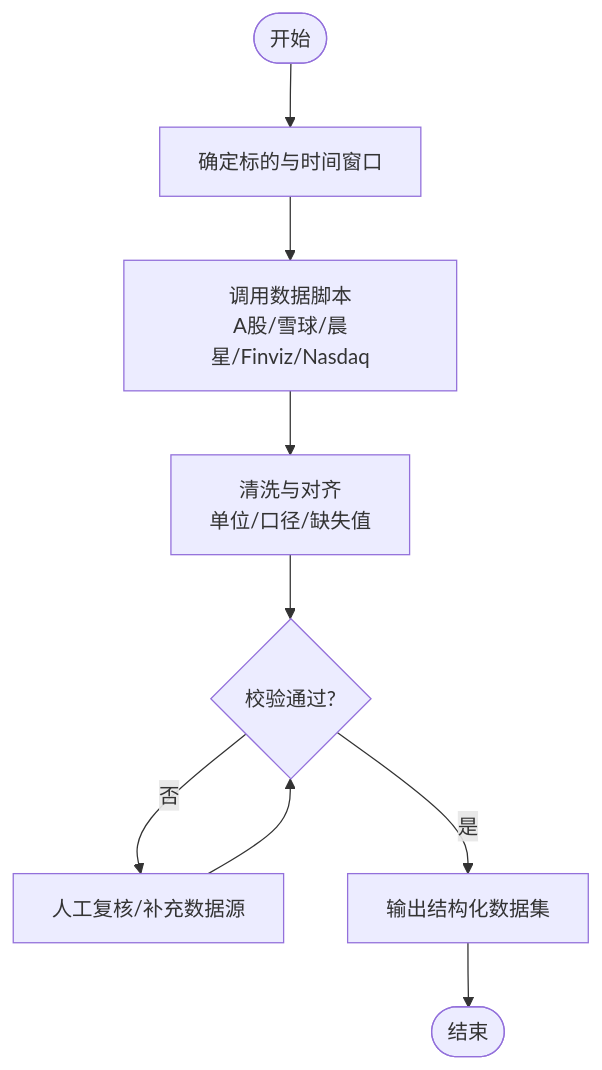
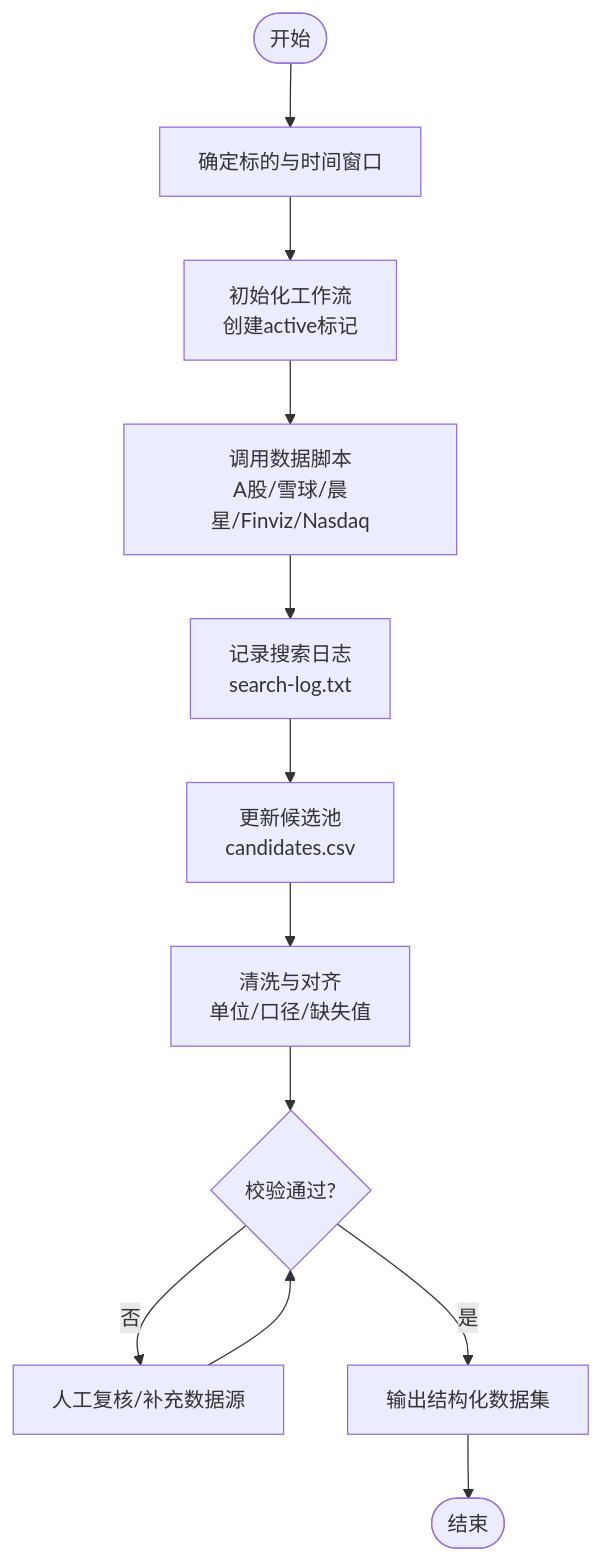
One commit to Ted-Engineer/ai-berkshire changed the third of 9 diagrams in .qoder/repowiki/zh/content/报告生成系统/报告生成系统.md. Above: the diagram before and after it, drawn with Mermaid. The commit also changed other lines of this file and 76 other files, not shown here.

````diff
--- a/.qoder/repowiki/zh/content/报告生成系统/报告生成系统.md
+++ b/.qoder/repowiki/zh/content/报告生成系统/报告生成系统.md
@@ -214,11 +236,14 @@
 ```mermaid
 flowchart TD
 Start(["开始"]) --> PickTarget["确定标的与时间窗口"]
-PickTarget --> FetchData["调用数据脚本<br/>A股/雪球/晨星/Finviz/Nasdaq"]
-FetchData --> Clean["清洗与对齐<br/>单位/口径/缺失值"]
+PickTarget --> InitWorkflow["初始化工作流<br/>创建active标记"]
+InitWorkflow --> FetchData["调用数据脚本<br/>A股/雪球/晨星/Finviz/Nasdaq"]
+FetchData --> LogSearch["记录搜索日志<br/>search-log.txt"]
+LogSearch --> UpdatePool["更新候选池<br/>candidates.csv"]
+UpdatePool --> Clean["清洗与对齐<br/>单位/口径/缺失值"]
 Clean --> Validate{"校验通过?"}
 Validate -- "否" --> Fix["人工复核/补充数据源"]
 Validate -- "是" --> Output["输出结构化数据集"]
 Fix --> Validate
 Output --> End(["结束"])
 ```
````
